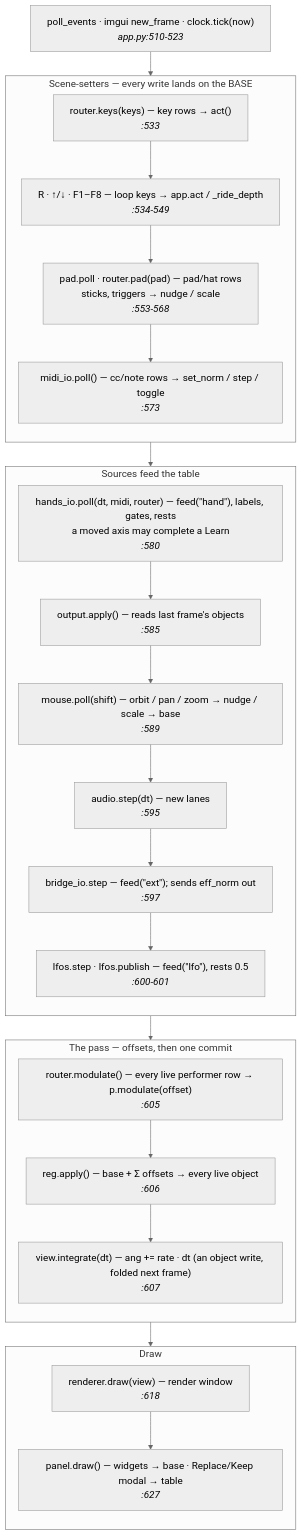
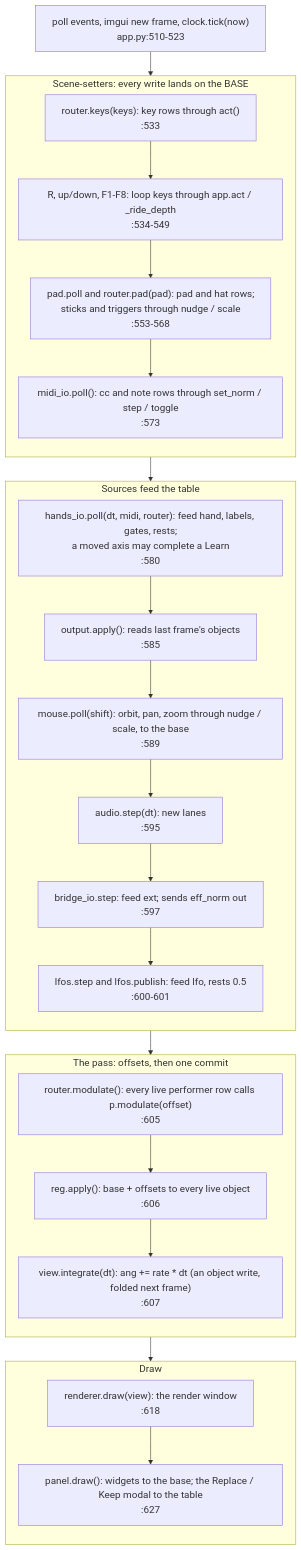
Before and after one commit to Cutaiar/hyperspace: the second of 2 diagrams in hyperspace-python/docs/ARCHITECTURE.md, drawn with Mermaid. The commit also changed other lines of this file, not shown here.

First line of the commit message:
Plan 10: §4 module shapes as one plain-language table; Mermaid without a forced theme so GitHub picks light or dark

````diff
--- a/hyperspace-python/docs/ARCHITECTURE.md
+++ b/hyperspace-python/docs/ARCHITECTURE.md
@@ -106,37 +106,40 @@
 ```mermaid
-%%{init: {"theme": "neutral", "themeVariables": {"fontSize": "18px", "fontFamily": "-apple-system, Helvetica, Arial, sans-serif"}, "flowchart": {"nodeSpacing": 28, "rankSpacing": 44, "htmlLabels": true, "curve": "basis", "wrappingWidth": 420}}}%%
+%%{init: {"themeVariables": {"fontSize": "18px"}, "flowchart": {"nodeSpacing": 28, "rankSpacing": 44, "wrappingWidth": 420}}}%%
 flowchart TB
-    S0["poll_events · imgui new_frame · clock.tick(now)<br/><i>app.py:510-523</i>"]
-    subgraph setters ["Scene-setters — every write lands on the BASE"]
+    S0["poll events, imgui new frame, clock.tick(now)<br/>app.py:510-523"]
+    subgraph setters ["Scene-setters: every write lands on the BASE"]
         direction TB
-        S1["router.keys(keys) — key rows → act()<br/><i>:533</i>"]
-        S2["R · ↑/↓ · F1–F8 — loop keys → app.act / _ride_depth<br/><i>:534-549</i>"]
-        S3["pad.poll · router.pad(pad) — pad/hat rows<br/>sticks, triggers → nudge / scale<br/><i>:553-568</i>"]
-        S4["midi_io.poll() — cc/note rows → set_norm / step / toggle<br/><i>:573</i>"]
+        S1["router.keys(keys): key rows through act()<br/>:533"]
+        S2["R, up/down, F1-F8: loop keys through app.act / _ride_depth<br/>:534-549"]
+        S3["pad.poll and router.pad(pad): pad and hat rows;<br/>sticks and triggers through nudge / scale<br/>:553-568"]
+        S4["midi_io.poll(): cc and note rows through set_norm / step / toggle<br/>:573"]
         S1 --> S2 --> S3 --> S4
     end
     subgraph feeds ["Sources feed the table"]
         direction TB
-        S5["hands_io.poll(dt, midi, router) — feed(&quot;hand&quot;), labels, gates, rests<br/>a moved axis may complete a Learn<br/><i>:580</i>"]
-        S6["output.apply() — reads last frame's objects<br/><i>:585</i>"]
-        S7["mouse.poll(shift) — orbit / pan / zoom → nudge / scale → base<br/><i>:589</i>"]
-        S8["audio.step(dt) — new lanes<br/><i>:595</i>"]
-        S9["bridge_io.step — feed(&quot;ext&quot;); sends eff_norm out<br/><i>:597</i>"]
-        S10["lfos.step · lfos.publish — feed(&quot;lfo&quot;), rests 0.5<br/><i>:600-601</i>"]
+        S5["hands_io.poll(dt, midi, router): feed hand, labels, gates, rests;<br/>a moved axis may complete a Learn<br/>:580"]
+        S6["output.apply(): reads last frame's objects<br/>:585"]
+        S7["mouse.poll(shift): orbit, pan, zoom through nudge / scale, to the base<br/>:589"]
+        S8["audio.step(dt): new lanes<br/>:595"]
+        S9["bridge_io.step: feed ext; sends eff_norm out<br/>:597"]
+        S10["lfos.step and lfos.publish: feed lfo, rests 0.5<br/>:600-601"]
         S5 --> S6 --> S7 --> S8 --> S9 --> S10
     end
-    subgraph pass ["The pass — offsets, then one commit"]
+    subgraph pass ["The pass: offsets, then one commit"]
         direction TB
-        S11["router.modulate() — every live performer row → p.modulate(offset)<br/><i>:605</i>"]
-        S12["reg.apply() — base + Σ offsets → every live object<br/><i>:606</i>"]
-        S13["view.integrate(dt) — ang += rate · dt (an object write, folded next frame)<br/><i>:607</i>"]
+        S11["router.modulate(): every live performer row calls p.modulate(offset)<br/>:605"]
+        S12["reg.apply(): base + offsets to every live object<br/>:606"]
+        S13["view.integrate(dt): ang += rate * dt (an object write, folded next frame)<br/>:607"]
         S11 --> S12 --> S13
     end
     subgraph draw ["Draw"]
         direction TB
-        S14["renderer.draw(view) — render window<br/><i>:618</i>"]
-        S15["panel.draw() — widgets → base · Replace/Keep modal → table<br/><i>:627</i>"]
+        S14["renderer.draw(view): the render window<br/>:618"]
+        S15["panel.draw(): widgets to the base; the Replace / Keep modal to the table<br/>:627"]
         S14 --> S15
     end
-    S0 --> setters --> feeds --> pass --> draw
+    S0 --> S1
+    S4 --> S5
+    S10 --> S11
+    S13 --> S14
 ```
````
